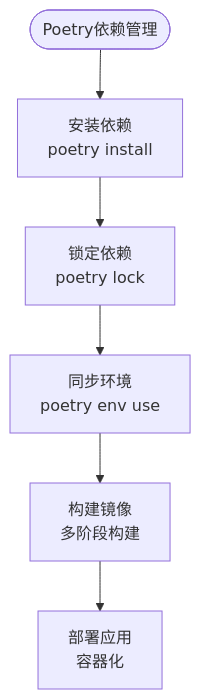
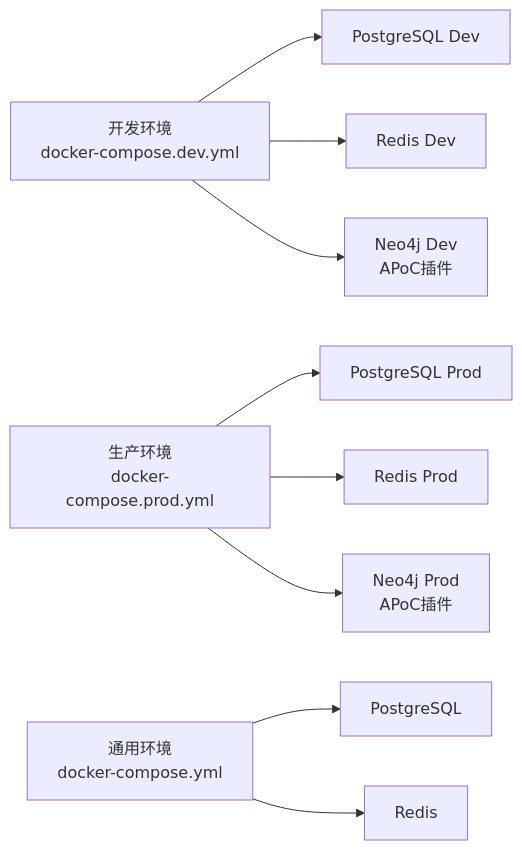
Before and after one commit to xfbyxq/ai-novel-system: the third of 5 diagrams in .qoder/repowiki/zh/content/部署与运维/部署与运维.md, drawn with Mermaid. The commit also changed other lines of this file and 19 other files, not shown here.

First line of the commit message:
feat(graph): 新增图数据库完整支持与AI聊天集成

````diff
--- a/.qoder/repowiki/zh/content/部署与运维/部署与运维.md
+++ b/.qoder/repowiki/zh/content/部署与运维/部署与运维.md
@@ -200,8 +177,11 @@
 ```mermaid
-flowchart TD
-Start(["Poetry依赖管理"]) --> Install["安装依赖<br/>poetry install"]
-Install --> Lock["锁定依赖<br/>poetry lock"]
-Lock --> Sync["同步环境<br/>poetry env use"]
-Sync --> Build["构建镜像<br/>多阶段构建"]
-Build --> Deploy["部署应用<br/>容器化"]
+graph LR
+DEV["开发环境<br/>docker-compose.dev.yml"] --> PGD["PostgreSQL Dev"]
+DEV --> RDD["Redis Dev"]
+DEV --> NGD["Neo4j Dev<br/>APoC插件"]
+PROD["生产环境<br/>docker-compose.prod.yml"] --> PGP["PostgreSQL Prod"]
+PROD --> RDP["Redis Prod"]
+PROD --> NGP["Neo4j Prod<br/>APoC插件"]
+GEN["通用环境<br/>docker-compose.yml"] --> PGG["PostgreSQL"]
+GEN --> RDG["Redis"]
 ```
````
